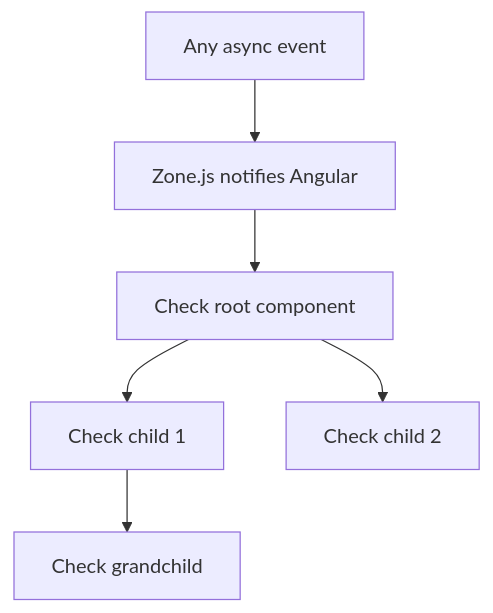
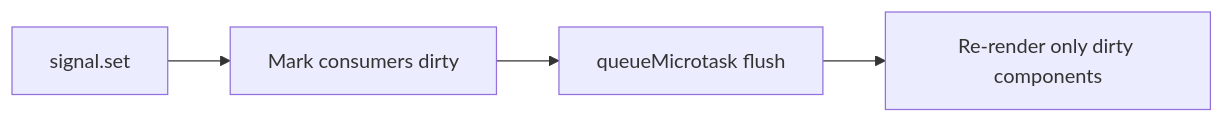
Before and after one commit to Sabarieswaran/Learning-Guide: the second of 2 diagrams in docs/angular/change-detection.md, drawn with Mermaid. The commit also changed other lines of this file and 1 other file, not shown here.

Commit message:
docs: deepen Angular change detection and DI chapters with diagrams and senior answers

````diff
--- a/docs/angular/change-detection.md
+++ b/docs/angular/change-detection.md
@@ -22,8 +107,6 @@
 ```mermaid
-flowchart TD
-    E[Any async event] --> Z[Zone.js notifies Angular]
-    Z --> R[Check root component]
-    R --> C1[Check child 1]
-    R --> C2[Check child 2]
-    C1 --> C3[Check grandchild]
+flowchart LR
+    W[signal.set] --> M[Mark consumers dirty]
+    M --> Q[queueMicrotask flush]
+    Q --> R[Re-render only dirty components]
 ```
````
